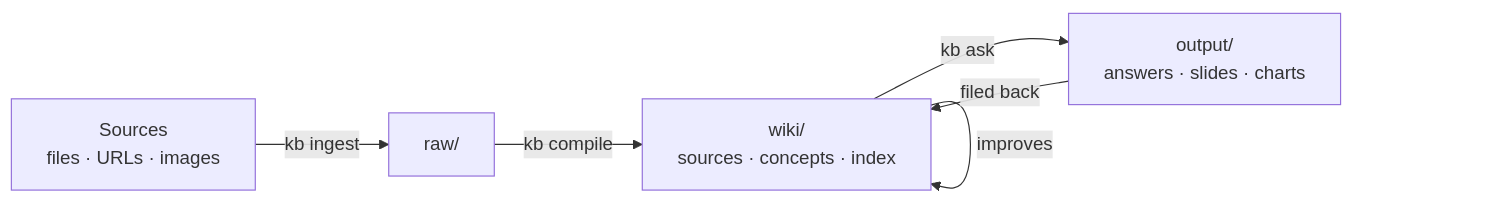
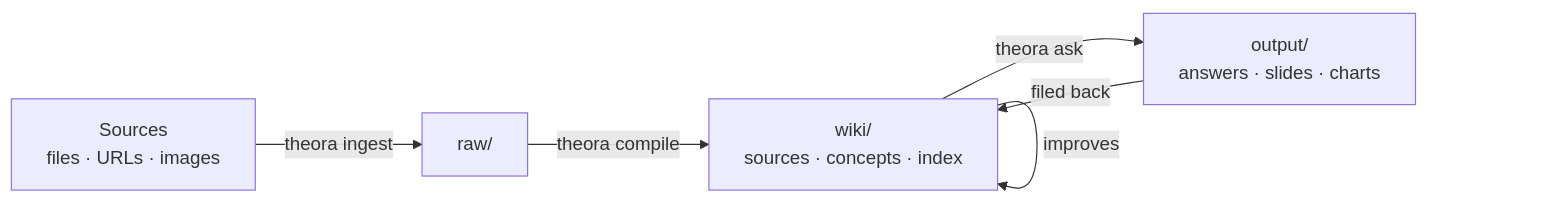
One commit to pwv-vc/theora changed the first of 5 diagrams in README.md. Above: the diagram before and after it, drawn with Mermaid. The commit also changed other lines of this file and 36 other files, not shown here.

````diff
--- a/README.md
+++ b/README.md
@@ -13,8 +21,8 @@
 ```mermaid
 flowchart LR
-    S[Sources<br/>files · URLs · images] -->|kb ingest| R[raw/]
-    R -->|kb compile| W[wiki/<br/>sources · concepts · index]
-    W -->|kb ask| O[output/<br/>answers · slides · charts]
+    S[Sources<br/>files · URLs · images] -->|theora ingest| R[raw/]
+    R -->|theora compile| W[wiki/<br/>sources · concepts · index]
+    W -->|theora ask| O[output/<br/>answers · slides · charts]
     O -->|filed back| W
     W -->|improves| W
 ```
````
